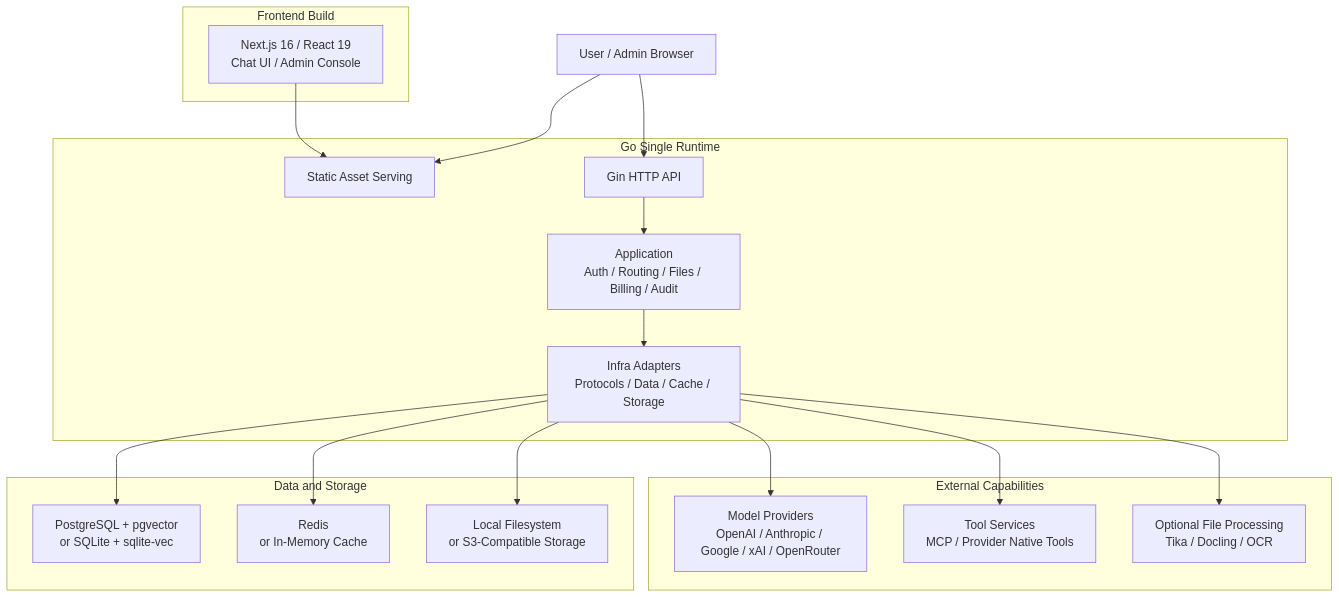
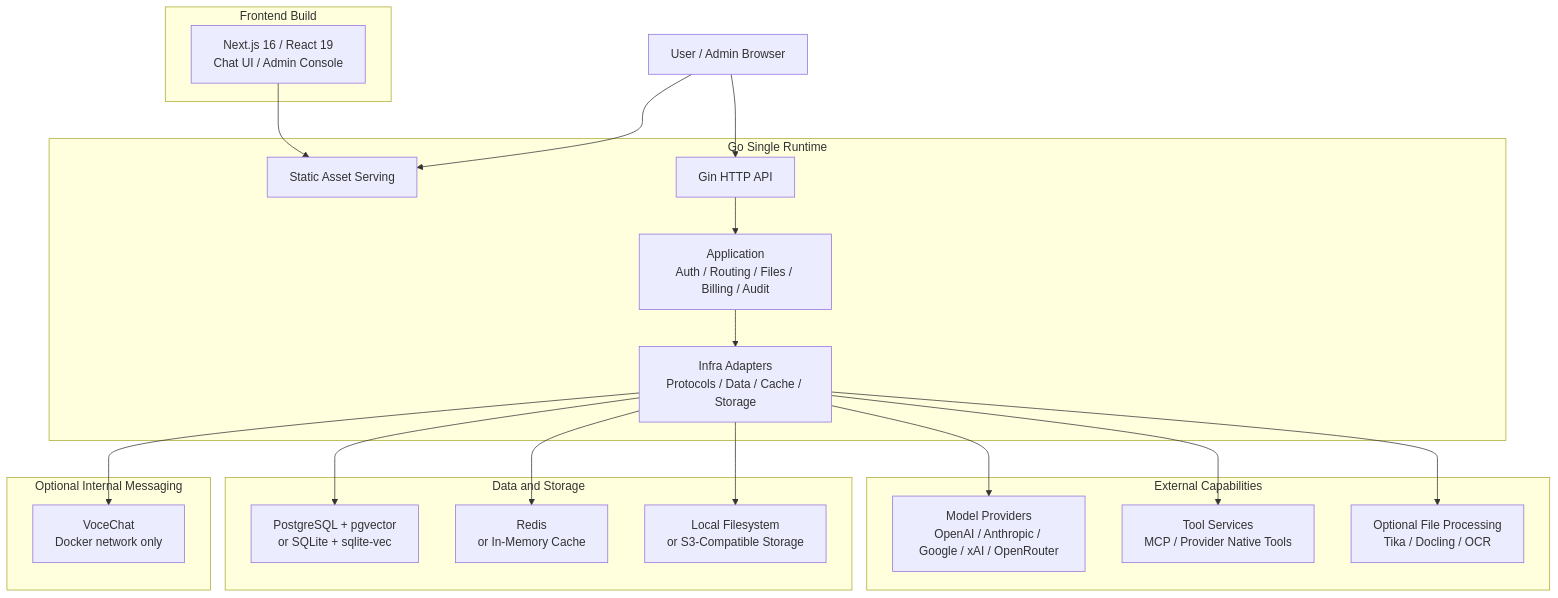
Before and after one commit to amaoworks/DEEIX-Chat: the diagram in README.md, drawn with Mermaid. The commit also changed other lines of this file and 5 other files, not shown here.

First line of the commit message:
docs: document internal messaging overlay and CDN rules

````diff
--- a/README.md
+++ b/README.md
@@ -65,39 +66,44 @@
 ```mermaid
 flowchart TB
   Browser["User / Admin Browser"]
 
   subgraph Frontend["Frontend Build"]
     Web["Next.js 16 / React 19<br/>Chat UI / Admin Console"]
   end
 
   subgraph Backend["Go Single Runtime"]
     Static["Static Asset Serving"]
     HTTP["Gin HTTP API"]
     App["Application<br/>Auth / Routing / Files / Billing / Audit"]
     Infra["Infra Adapters<br/>Protocols / Data / Cache / Storage"]
   end
 
   subgraph External["External Capabilities"]
     Providers["Model Providers<br/>OpenAI / Anthropic / Google / xAI / OpenRouter"]
     Tools["Tool Services<br/>MCP / Provider Native Tools"]
     Extractors["Optional File Processing<br/>Tika / Docling / OCR"]
   end
 
   subgraph Data["Data and Storage"]
     DB["PostgreSQL + pgvector<br/>or SQLite + sqlite-vec"]
     Cache["Redis<br/>or In-Memory Cache"]
     Storage["Local Filesystem<br/>or S3-Compatible Storage"]
   end
 
+  subgraph Optional["Optional Internal Messaging"]
+    VoceChat["VoceChat<br/>Docker network only"]
+  end
+
   Web --> Static
   Browser --> Static
   Browser --> HTTP
   HTTP --> App
   App --> Infra
   Infra --> Providers
   Infra --> Tools
   Infra --> Extractors
   Infra --> DB
   Infra --> Cache
   Infra --> Storage
+  Infra --> VoceChat
 ```
````
